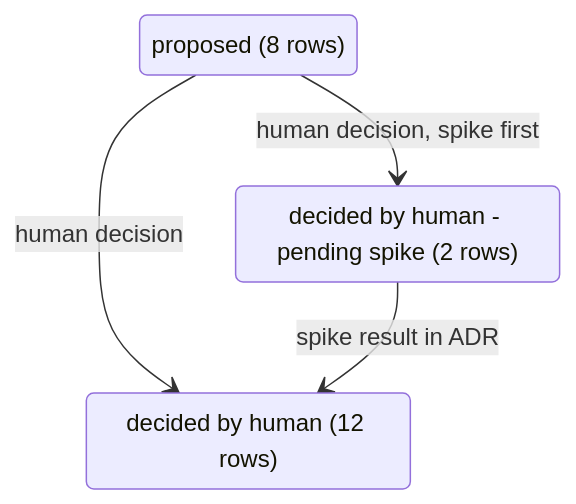
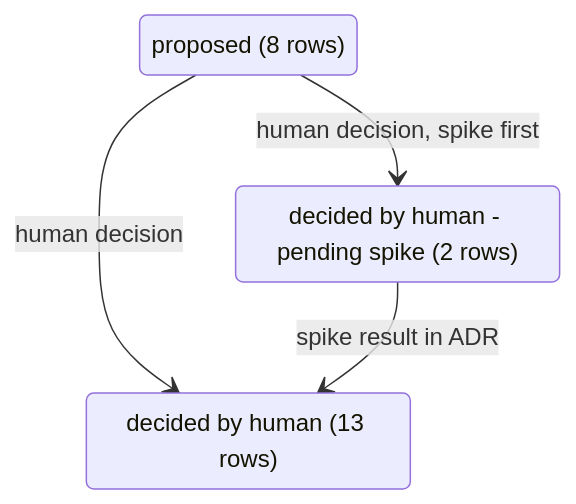
The third of 5 diagrams in docs/roadmap/PROPOSAL.md (virgenherrera/lan-solution-template), drawn with Mermaid before and after one commit. The commit also changed other lines of this file and 6 other files, not shown here.

````diff
--- a/docs/roadmap/PROPOSAL.md
+++ b/docs/roadmap/PROPOSAL.md
@@ -96,9 +96,9 @@
 ```mermaid
 stateDiagram-v2
     state "proposed (8 rows)" as proposed
-    state "decided by human (12 rows)" as human_decision
+    state "decided by human (13 rows)" as human_decision
     state "decided by human - pending spike (2 rows)" as pending_spike
     proposed --> human_decision : human decision
     proposed --> pending_spike : human decision, spike first
     pending_spike --> human_decision : spike result in ADR
 ```
````
